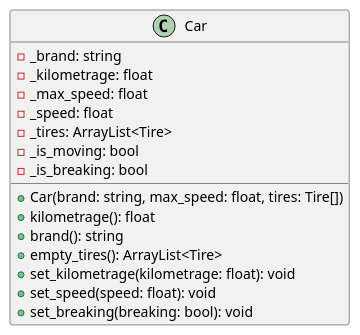
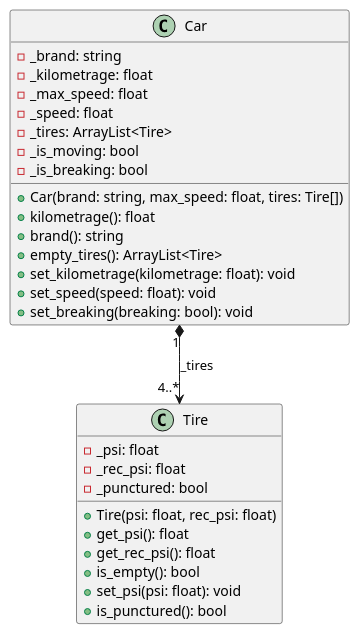
Before and after one commit to SkyDev125/PO: the diagram in Labs/_02/Car.puml, drawn with PlantUML. The commit also changed 4 other files, not shown here.

First line of the commit message:
feat: Add Tire class and composition relationship in Car.puml

```diff
--- a/Labs/_02/Car.puml
+++ b/Labs/_02/Car.puml
@@ -1,29 +1,45 @@
 @startuml Car
 
 ' + -> public
 ' - -> private
 ' # -> protected
 ' ~ -> package
 ' underlined -> static (represented by {static} as prefix )
 
 ' Define classes
 class Car {
     - _brand: string
     - _kilometrage: float
     - _max_speed: float
     - _speed: float
     - _tires: ArrayList<Tire>
     - _is_moving: bool
     - _is_breaking: bool
 
     + Car(brand: string, max_speed: float, tires: Tire[])
     + kilometrage(): float
     + brand(): string
     + empty_tires(): ArrayList<Tire>
     + set_kilometrage(kilometrage: float): void
     + set_speed(speed: float): void
     + set_breaking(breaking: bool): void
 }
 
+' Define classes
+class Tire {
+    - _psi: float
+    - _rec_psi: float
+    - _punctured: bool
+    + Tire(psi: float, rec_psi: float)
+    + get_psi(): float
+    + get_rec_psi(): float
+    + is_empty(): bool
+    + set_psi(psi: float): void
+    + is_punctured(): bool
+}
+
+' Create composition relationship
+Car "1" *--> "4..*" Tire : _tires
+
 
 @enduml
```
